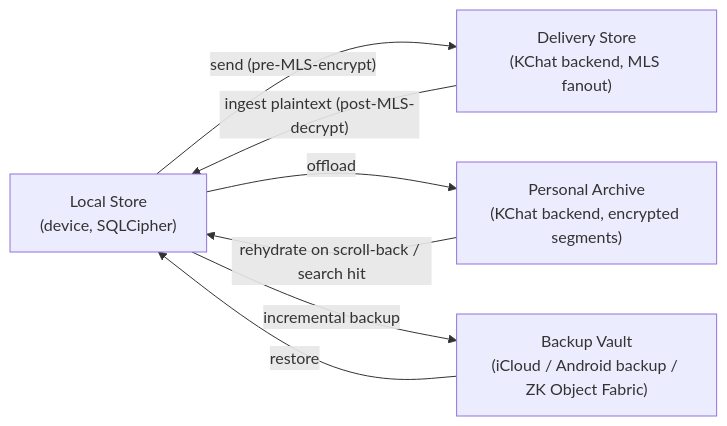
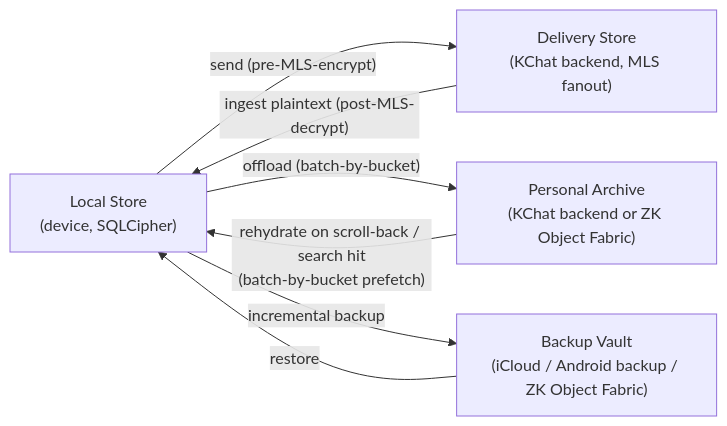
One commit to kennguy3n/chat-storage-search changed the fourth of 30 diagrams in docs/ARCHITECTURE.md. Above: the diagram before and after it, drawn with Mermaid. The commit also changed other lines of this file and 4 other files, not shown here.

First line of the commit message:
docs: epoch-rotated archive keys + ZKOF archive backend + batch-by-bucket prefetch

````diff
--- a/docs/ARCHITECTURE.md
+++ b/docs/ARCHITECTURE.md
@@ -463,14 +463,14 @@
 ```mermaid
 flowchart LR
     Local["Local Store<br/>(device, SQLCipher)"]
     Delivery["Delivery Store<br/>(KChat backend, MLS fanout)"]
-    Archive["Personal Archive<br/>(KChat backend, encrypted segments)"]
+    Archive["Personal Archive<br/>(KChat backend or ZK Object Fabric)"]
     Backup["Backup Vault<br/>(iCloud / Android backup / ZK Object Fabric)"]
 
     Delivery -->|"ingest plaintext (post-MLS-decrypt)"| Local
     Local -->|"send (pre-MLS-encrypt)"| Delivery
-    Local -->|"offload"| Archive
-    Archive -->|"rehydrate on scroll-back / search hit"| Local
+    Local -->|"offload (batch-by-bucket)"| Archive
+    Archive -->|"rehydrate on scroll-back / search hit<br/>(batch-by-bucket prefetch)"| Local
     Local -->|"incremental backup"| Backup
     Backup -->|"restore"| Local
 ```
````
